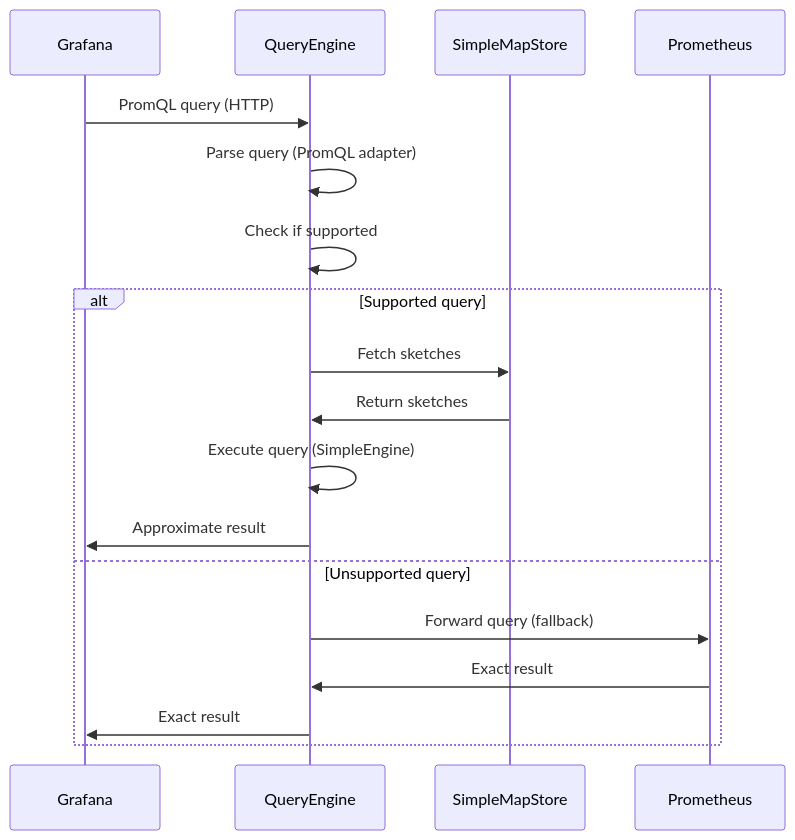
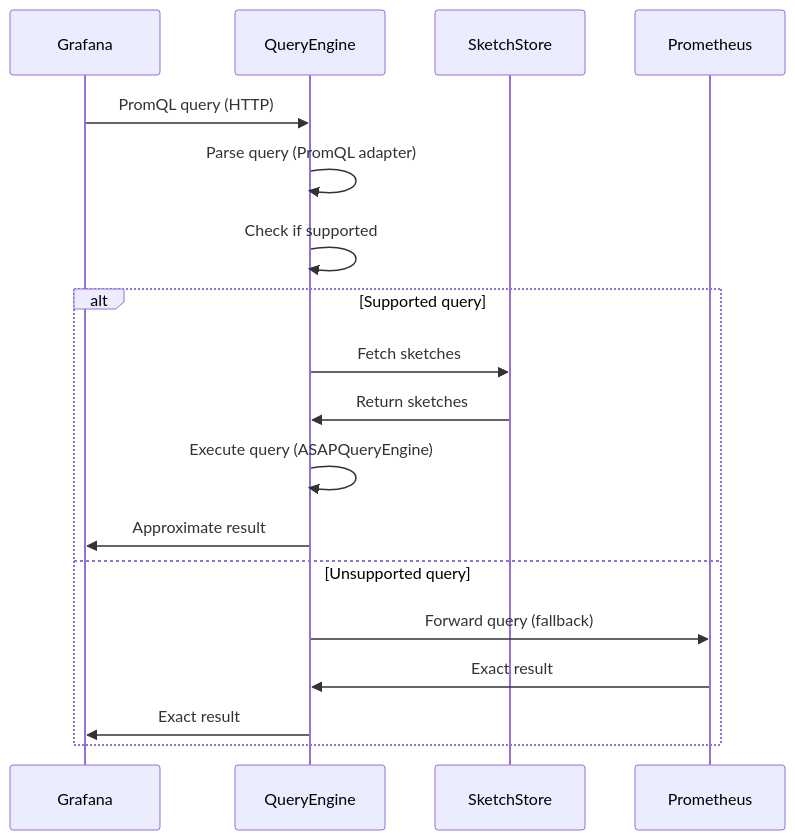
Before and after one commit to ProjectASAP/ASAPQuery-backend: the third of 4 diagrams in docs/01-getting-started/architecture.md, drawn with Mermaid. The commit also changed other lines of this file and 15 other files, not shown here.

````diff
--- a/docs/01-getting-started/architecture.md
+++ b/docs/01-getting-started/architecture.md
@@ -99,22 +99,22 @@
 ```mermaid
 sequenceDiagram
     participant G as Grafana
     participant Q as QueryEngine
-    participant S as SimpleMapStore
+    participant S as SketchStore
     participant P as Prometheus
 
     G->>Q: PromQL query (HTTP)
     Q->>Q: Parse query (PromQL adapter)
     Q->>Q: Check if supported
 
     alt Supported query
         Q->>S: Fetch sketches
         S->>Q: Return sketches
-        Q->>Q: Execute query (SimpleEngine)
+        Q->>Q: Execute query (ASAPQueryEngine)
         Q->>G: Approximate result
     else Unsupported query
         Q->>P: Forward query (fallback)
         P->>Q: Exact result
         Q->>G: Exact result
     end
 ```
````
